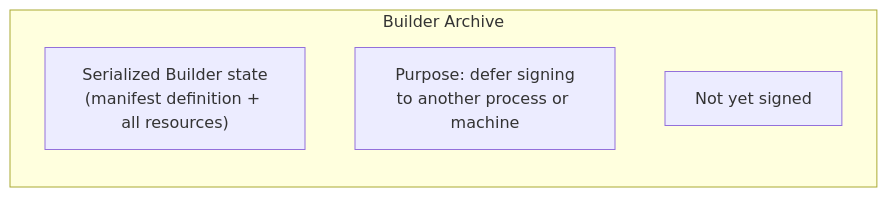
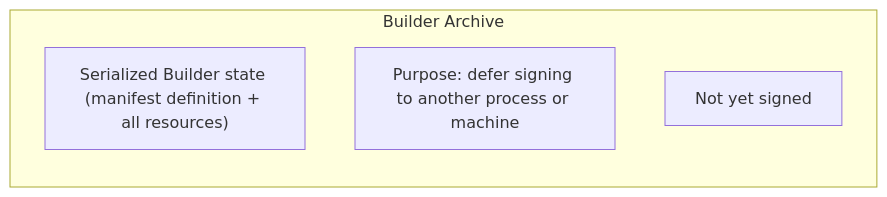
One commit to contentauth/c2pa-c changed the third of 11 diagrams in docs/selective-manifests.md. Above: the diagram before and after it, drawn with Mermaid. The commit also changed other lines of this file, not shown here.

````diff
--- a/docs/selective-manifests.md
+++ b/docs/selective-manifests.md
@@ -191,9 +191,9 @@
 ```mermaid
 flowchart TD
     subgraph BA["Builder Archive"]
         direction TB
-        B1["Serialized Builder state\n(manifest definition + all resources)"]
-        B2["Purpose: defer signing\nto another process or machine"]
+        B1["Serialized Builder state (manifest definition + all resources)"]
+        B2["Purpose: defer signing to another process or machine"]
         B3["Not yet signed"]
     end
 ```
````
